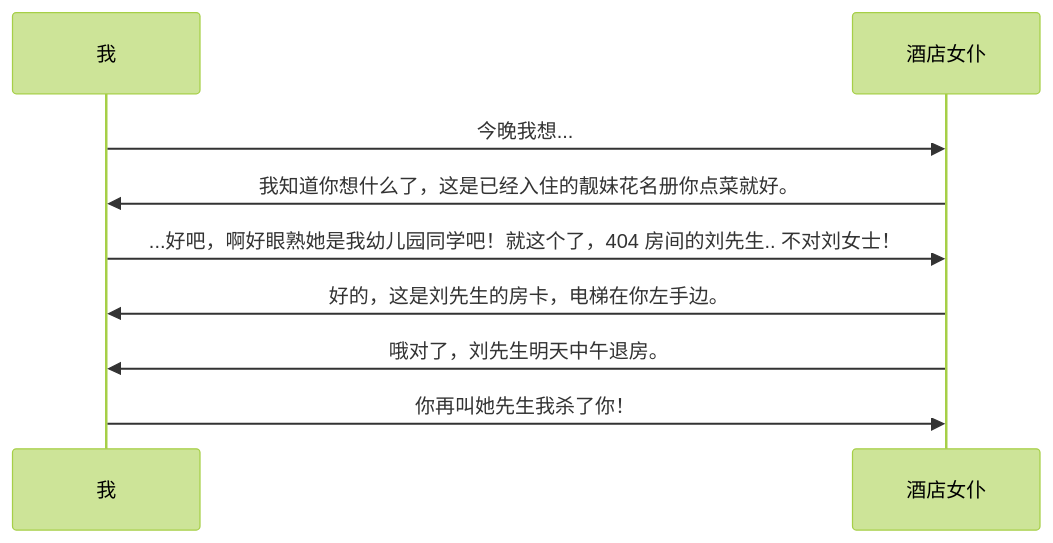
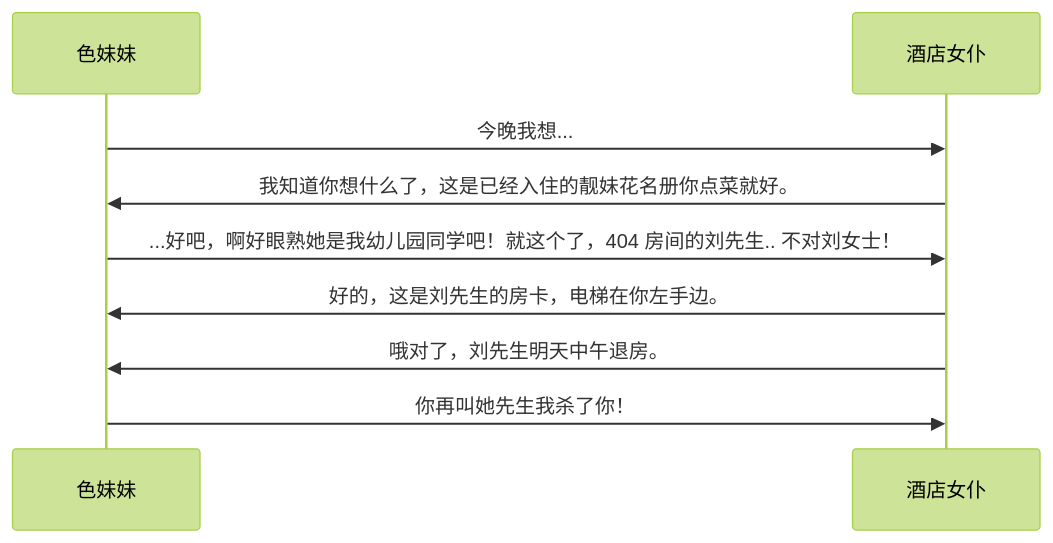
The first of 27 diagrams in content/posts/the-comments-system.md (sb-child/sb-child), drawn with Mermaid (forest theme) before and after one commit. The commit also changed other lines of this file, not shown here.

````diff
--- a/content/posts/the-comments-system.md
+++ b/content/posts/the-comments-system.md
@@ -21,9 +21,9 @@
 ```mermaid
 sequenceDiagram
-    我->>酒店女仆: 今晚我想...
-    酒店女仆->>我: 我知道你想什么了，这是已经入住的靓妹花名册你点菜就好。
-    我->>酒店女仆: ...好吧，啊好眼熟她是我幼儿园同学吧！就这个了，404 房间的刘先生.. 不对刘女士！
-    酒店女仆->>我: 好的，这是刘先生的房卡，电梯在你左手边。
-    酒店女仆->>我: 哦对了，刘先生明天中午退房。
-    我->>酒店女仆: 你再叫她先生我杀了你！
+    色妹妹->>酒店女仆: 今晚我想...
+    酒店女仆->>色妹妹: 我知道你想什么了，这是已经入住的靓妹花名册你点菜就好。
+    色妹妹->>酒店女仆: ...好吧，啊好眼熟她是我幼儿园同学吧！就这个了，404 房间的刘先生.. 不对刘女士！
+    酒店女仆->>色妹妹: 好的，这是刘先生的房卡，电梯在你左手边。
+    酒店女仆->>色妹妹: 哦对了，刘先生明天中午退房。
+    色妹妹->>酒店女仆: 你再叫她先生我杀了你！
 ```
````
